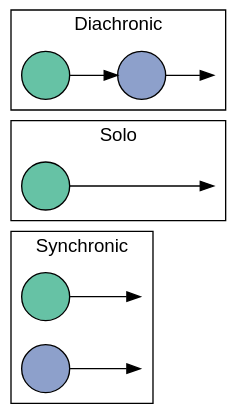
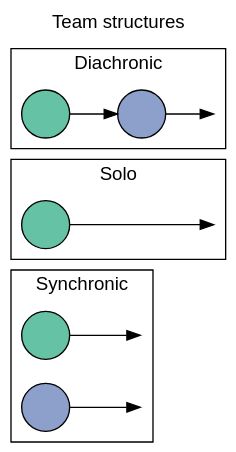
Before and after one commit to pedmiston/diachronic-teams: the diagram in evoteams/inst/extdata/team-structures.gv, drawn with Graphviz. The commit also changed 1 other file, not shown here.

```diff
--- a/evoteams/inst/extdata/team-structures.gv
+++ b/evoteams/inst/extdata/team-structures.gv
@@ -1,39 +1,41 @@
 digraph {
   rankdir=LR;
+  label="Team structures";
+  labelloc=t;
   fontname=helvetica;
   bgcolor=transparent;
 
   node[fontname=helvetica; label=""; style=filled];
 
   // Set cluster order (top to bottom) by initializing
   // nodes in each cluster starting from bottom to top
   s1, solo, d1;
 
   // Shapes are projects
   d1, d2, solo, s1, s2[shape=circle];
 
   // Colors are people
   s1, d1, solo[fillcolor="#66C2A5"];
   s2, d2[fillcolor="#8DA0CB"];
 
   // Invisible last nodes
   dinv1, soloinv1, sinv1, sinv2[style=invis, width=0];
 
 
   subgraph cluster1 {
     label="Diachronic";
     d1 -> d2 -> dinv1;
   }
 
   subgraph cluster2 {
     label="Solo";
     solo -> soloinv1[minlen=2];
   }
 
   subgraph cluster3 {
     label="Synchronic";
     s1 -> sinv1;
     s2 -> sinv2;
   }
 
 }
```
